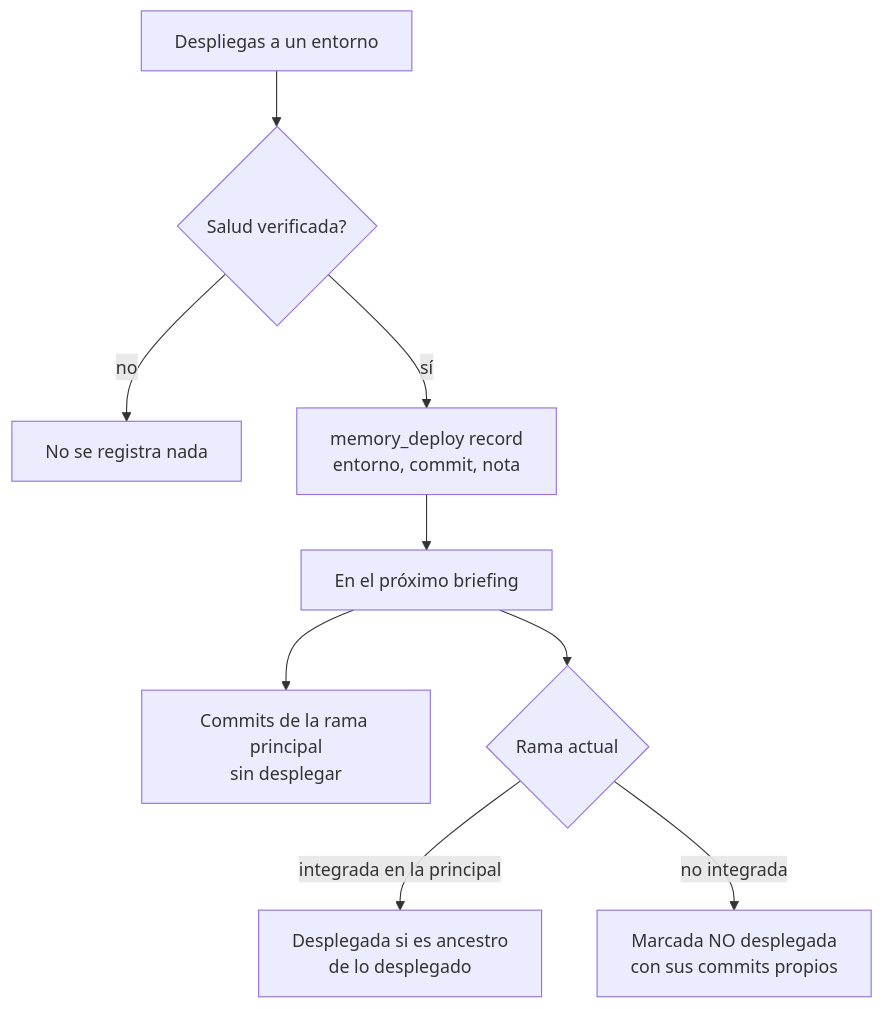
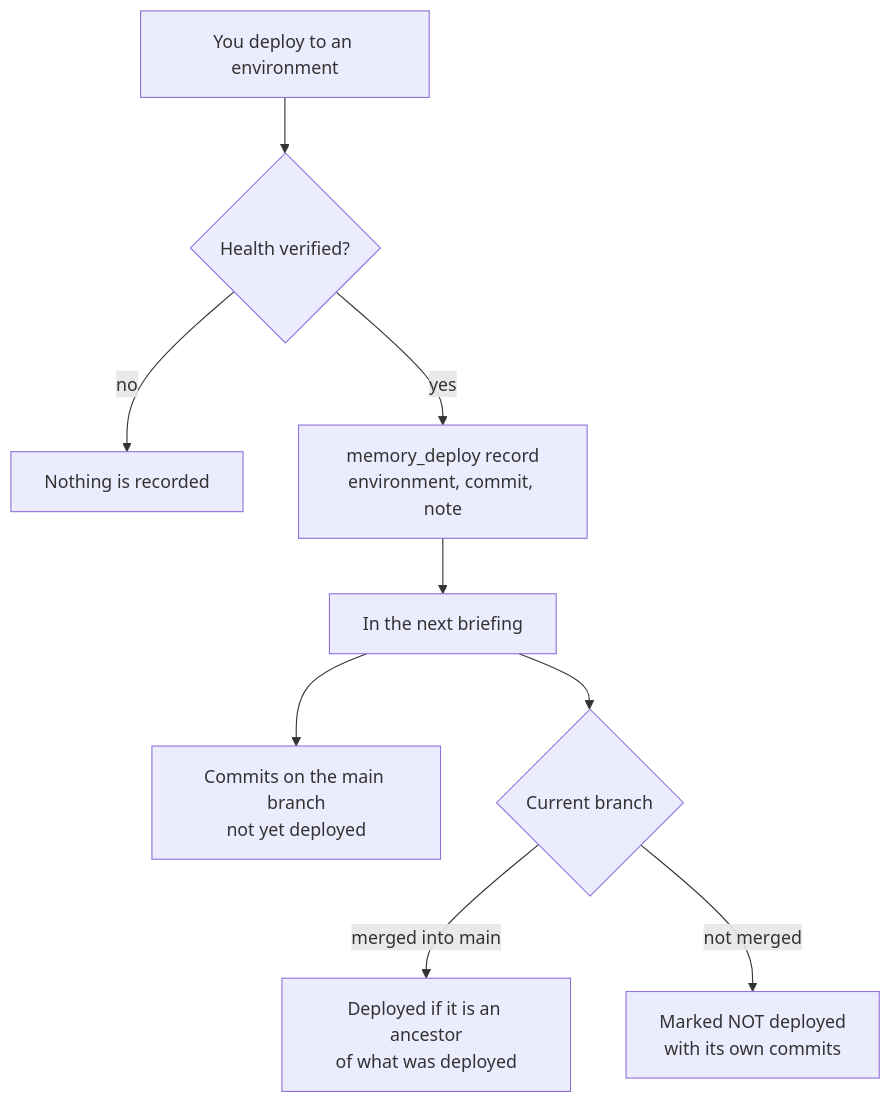
The sixth of 8 diagrams in docs/HOW_IT_WORKS.md (WRopero/Timewarden), drawn with Mermaid before and after one commit. The commit also changed other lines of this file and 97 other files, not shown here.

````diff
--- a/docs/HOW_IT_WORKS.md
+++ b/docs/HOW_IT_WORKS.md
@@ -103,11 +103,11 @@
 ```mermaid
 flowchart TD
-  X["Despliegas a un entorno"] --> V{"Salud verificada?"}
-  V -->|"no"| NO["No se registra nada"]
-  V -->|"sí"| REC["memory_deploy record<br/>entorno, commit, nota"]
-  REC --> ST["En el próximo briefing"]
-  ST --> Q1["Commits de la rama principal<br/>sin desplegar"]
-  ST --> Q2{"Rama actual"}
-  Q2 -->|"integrada en la principal"| Q3["Desplegada si es ancestro<br/>de lo desplegado"]
-  Q2 -->|"no integrada"| Q4["Marcada NO desplegada<br/>con sus commits propios"]
+  X["You deploy to an environment"] --> V{"Health verified?"}
+  V -->|"no"| NO["Nothing is recorded"]
+  V -->|"yes"| REC["memory_deploy record<br/>environment, commit, note"]
+  REC --> ST["In the next briefing"]
+  ST --> Q1["Commits on the main branch<br/>not yet deployed"]
+  ST --> Q2{"Current branch"}
+  Q2 -->|"merged into main"| Q3["Deployed if it is an ancestor<br/>of what was deployed"]
+  Q2 -->|"not merged"| Q4["Marked NOT deployed<br/>with its own commits"]
 ```
````
